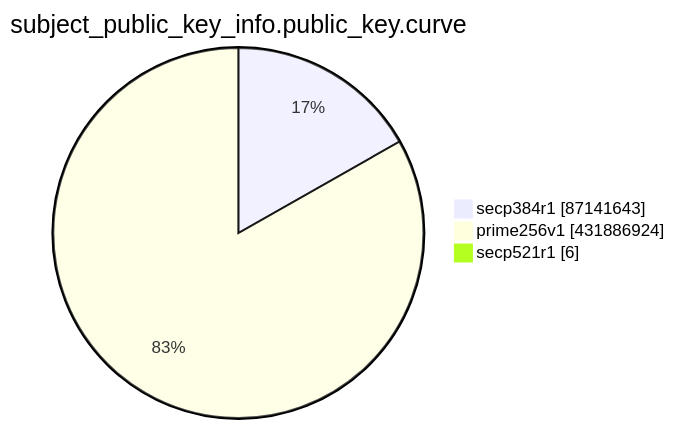
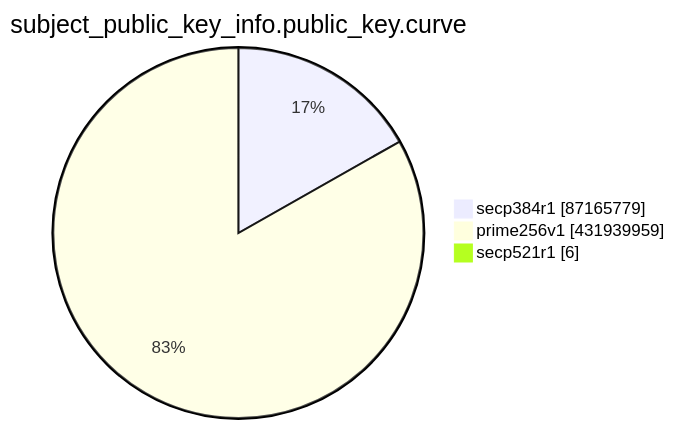
Before and after one commit to christiankrug/ctmonitor_visualization: the eighth of 15 diagrams in TOTAL/README.md, drawn with Mermaid. The commit also changed other lines of this file, not shown here.

````diff
--- a/TOTAL/README.md
+++ b/TOTAL/README.md
@@ -3100,7 +3100,7 @@
 ```mermaid
 pie showData
 title subject_public_key_info.public_key.curve
-"secp384r1" :87141643
-"prime256v1" :431886924
+"secp384r1" :87165779
+"prime256v1" :431939959
 "secp521r1" :6
 ```
````
